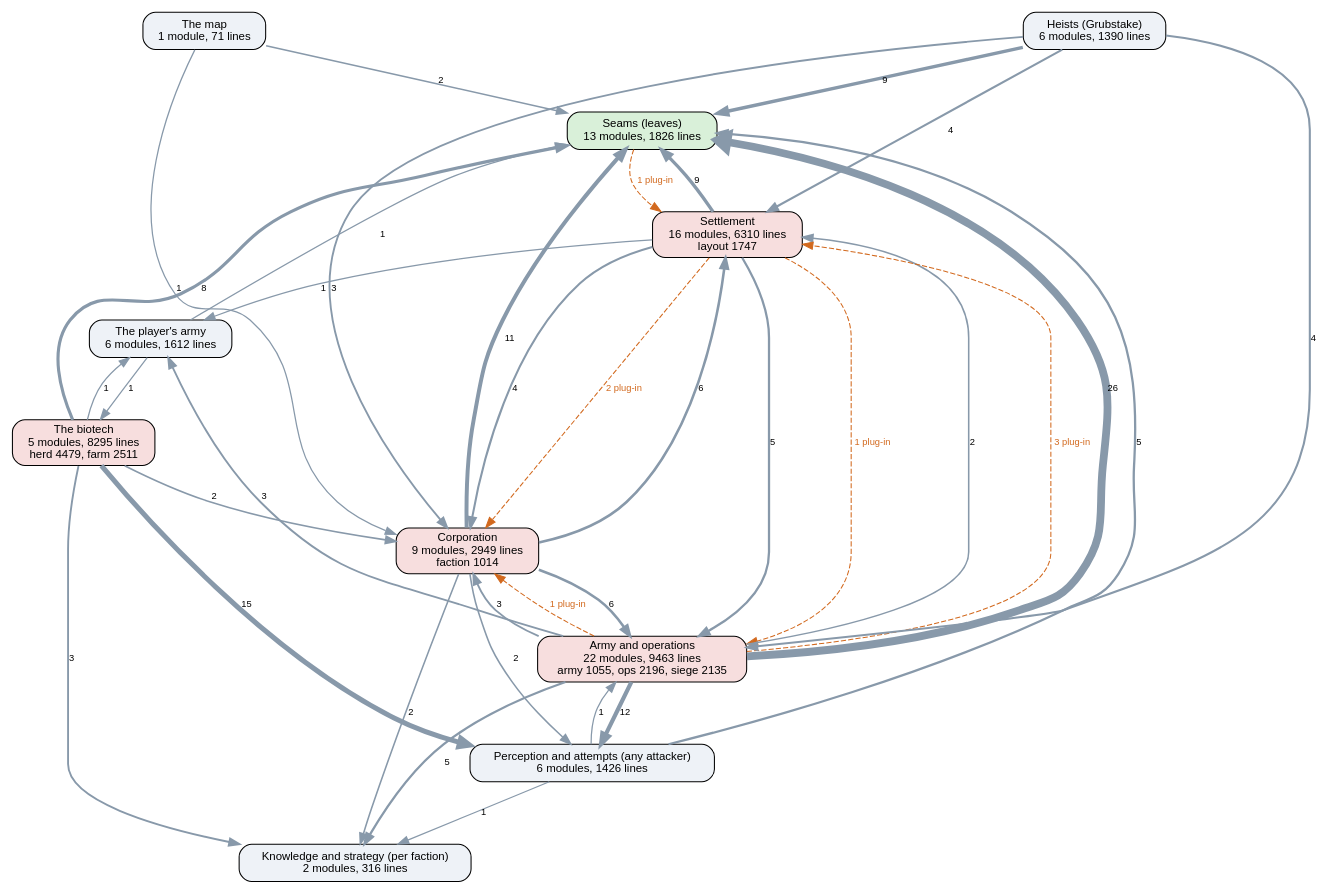
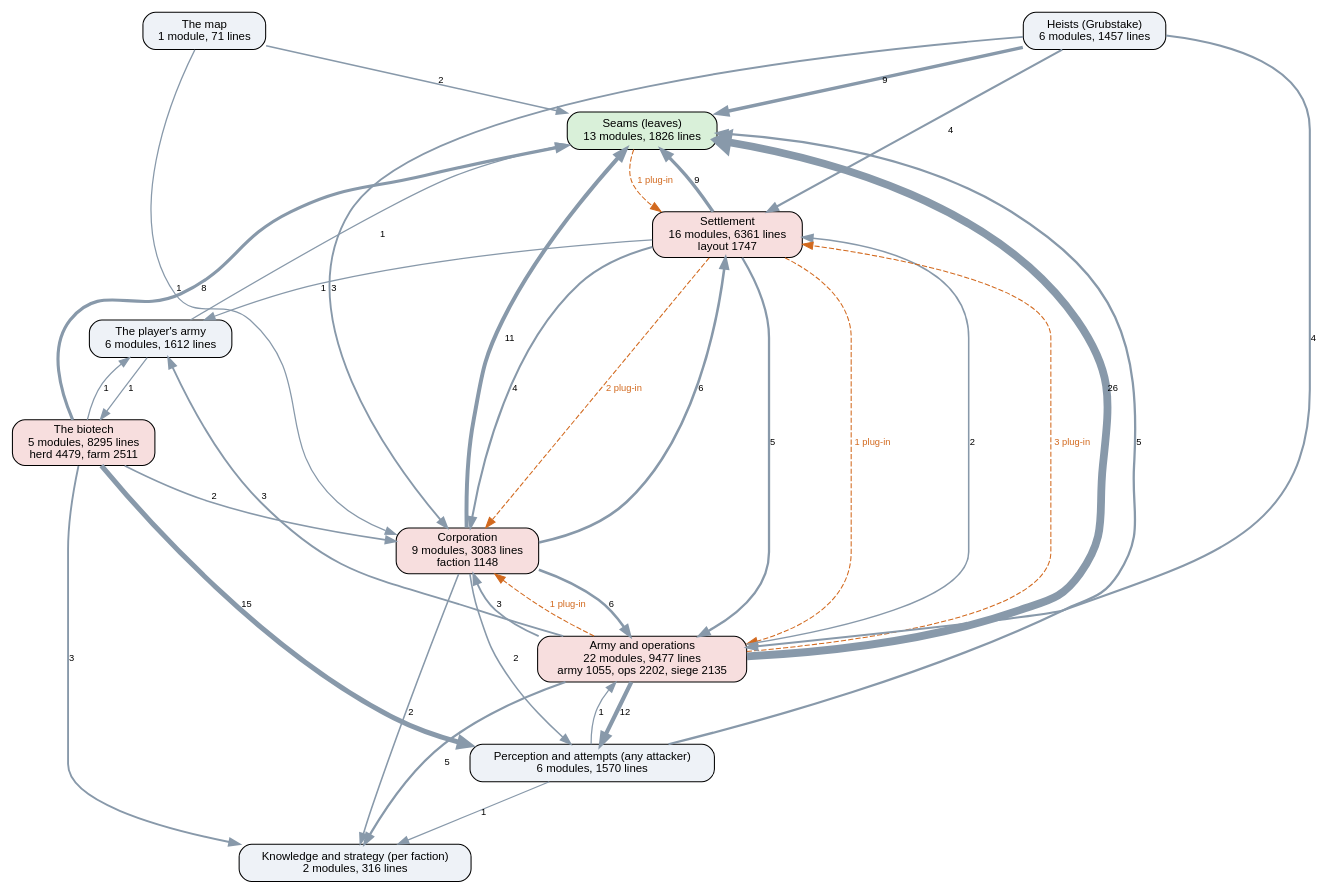
Before and after one commit to kinelhu/landing-party: the diagram in docs/ai-layers.dot, drawn with Graphviz. The commit also changed 20 other files, not shown here.

```diff
--- a/docs/ai-layers.dot
+++ b/docs/ai-layers.dot
@@ -1,51 +1,51 @@
 digraph layers {
   graph [rankdir=TB, fontname="Helvetica", nodesep=0.5, ranksep=0.7];
   node [shape=box, style="rounded,filled", fontname="Helvetica", fontsize=11, fillcolor="#eef2f7"];
   edge [color="#8899aa", fontname="Helvetica", fontsize=9];
   "Seams (leaves)" [label="Seams (leaves)\n13 modules, 1826 lines", fillcolor="#d9f0d9"];
-  "Perception and attempts (any attacker)" [label="Perception and attempts (any attacker)\n6 modules, 1426 lines", fillcolor="#eef2f7"];
+  "Perception and attempts (any attacker)" [label="Perception and attempts (any attacker)\n6 modules, 1570 lines", fillcolor="#eef2f7"];
   "Knowledge and strategy (per faction)" [label="Knowledge and strategy (per faction)\n2 modules, 316 lines", fillcolor="#eef2f7"];
-  "Corporation" [label="Corporation\n9 modules, 2949 lines\nfaction 1014", fillcolor="#f7dede"];
-  "Settlement" [label="Settlement\n16 modules, 6310 lines\nlayout 1747", fillcolor="#f7dede"];
-  "Army and operations" [label="Army and operations\n22 modules, 9463 lines\narmy 1055, ops 2196, siege 2135", fillcolor="#f7dede"];
-  "Heists (Grubstake)" [label="Heists (Grubstake)\n6 modules, 1390 lines", fillcolor="#eef2f7"];
+  "Corporation" [label="Corporation\n9 modules, 3083 lines\nfaction 1148", fillcolor="#f7dede"];
+  "Settlement" [label="Settlement\n16 modules, 6361 lines\nlayout 1747", fillcolor="#f7dede"];
+  "Army and operations" [label="Army and operations\n22 modules, 9477 lines\narmy 1055, ops 2202, siege 2135", fillcolor="#f7dede"];
+  "Heists (Grubstake)" [label="Heists (Grubstake)\n6 modules, 1457 lines", fillcolor="#eef2f7"];
   "The biotech" [label="The biotech\n5 modules, 8295 lines\nherd 4479, farm 2511", fillcolor="#f7dede"];
   "The map" [label="The map\n1 module, 71 lines", fillcolor="#eef2f7"];
   "The player's army" [label="The player's army\n6 modules, 1612 lines", fillcolor="#eef2f7"];
   "Army and operations" -> "Corporation" [label="3", penwidth=1.8];
   "Army and operations" -> "Knowledge and strategy (per faction)" [label="5", penwidth=2.2];
   "Army and operations" -> "Perception and attempts (any attacker)" [label="12", penwidth=4.0];
   "Army and operations" -> "Seams (leaves)" [label="26", penwidth=7.5];
   "Army and operations" -> "Settlement" [label="2", penwidth=1.5];
   "Army and operations" -> "The player's army" [label="3", penwidth=1.8];
   "Corporation" -> "Army and operations" [label="6", penwidth=2.5];
   "Corporation" -> "Knowledge and strategy (per faction)" [label="2", penwidth=1.5];
   "Corporation" -> "Perception and attempts (any attacker)" [label="2", penwidth=1.5];
   "Corporation" -> "Seams (leaves)" [label="11", penwidth=3.8];
   "Corporation" -> "Settlement" [label="6", penwidth=2.5];
   "Heists (Grubstake)" -> "Army and operations" [label="4", penwidth=2.0];
   "Heists (Grubstake)" -> "Corporation" [label="3", penwidth=1.8];
   "Heists (Grubstake)" -> "Seams (leaves)" [label="9", penwidth=3.2];
   "Heists (Grubstake)" -> "Settlement" [label="4", penwidth=2.0];
   "Perception and attempts (any attacker)" -> "Army and operations" [label="1", penwidth=1.2];
   "Perception and attempts (any attacker)" -> "Knowledge and strategy (per faction)" [label="1", penwidth=1.2];
   "Perception and attempts (any attacker)" -> "Seams (leaves)" [label="5", penwidth=2.2];
   "Settlement" -> "Army and operations" [label="5", penwidth=2.2];
   "Settlement" -> "Corporation" [label="4", penwidth=2.0];
   "Settlement" -> "Seams (leaves)" [label="9", penwidth=3.2];
   "Settlement" -> "The player's army" [label="1", penwidth=1.2];
   "The biotech" -> "Corporation" [label="2", penwidth=1.5];
   "The biotech" -> "Knowledge and strategy (per faction)" [label="3", penwidth=1.8];
   "The biotech" -> "Perception and attempts (any attacker)" [label="15", penwidth=4.8];
   "The biotech" -> "Seams (leaves)" [label="8", penwidth=3.0];
   "The biotech" -> "The player's army" [label="1", penwidth=1.2];
   "The map" -> "Corporation" [label="1", penwidth=1.2];
   "The map" -> "Seams (leaves)" [label="2", penwidth=1.5];
   "The player's army" -> "Seams (leaves)" [label="1", penwidth=1.2];
   "The player's army" -> "The biotech" [label="1", penwidth=1.2];
   "Army and operations" -> "Corporation" [style=dashed, color="#d2691e", fontcolor="#d2691e", label="1 plug-in"];
   "Army and operations" -> "Settlement" [style=dashed, color="#d2691e", fontcolor="#d2691e", label="3 plug-in"];
   "Seams (leaves)" -> "Settlement" [style=dashed, color="#d2691e", fontcolor="#d2691e", label="1 plug-in"];
   "Settlement" -> "Army and operations" [style=dashed, color="#d2691e", fontcolor="#d2691e", label="1 plug-in"];
   "Settlement" -> "Corporation" [style=dashed, color="#d2691e", fontcolor="#d2691e", label="2 plug-in"];
 }
```
